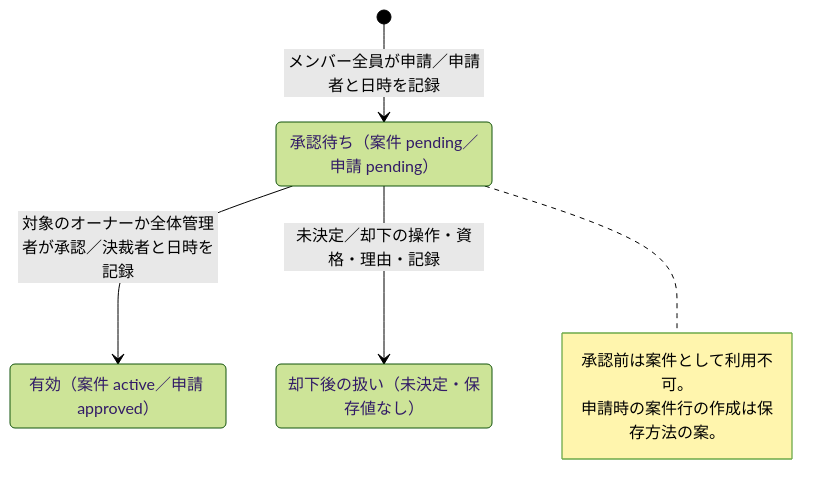
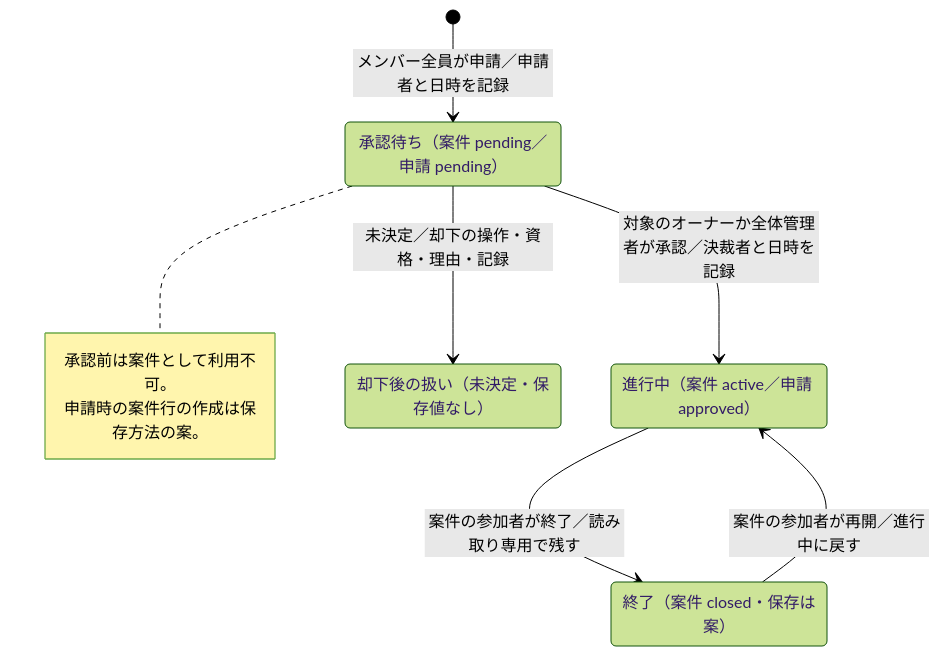
One commit to yamamotonaoki3/internal-system changed the second of 7 diagrams in docs/requirements/state-transitions.md. Above: the diagram before and after it, drawn with Mermaid (forest theme). The commit also changed other lines of this file and 9 other files, not shown here.

````diff
--- a/docs/requirements/state-transitions.md
+++ b/docs/requirements/state-transitions.md
@@ -59,13 +59,16 @@
 ```mermaid
 stateDiagram-v2
     state "承認待ち（案件 pending／申請 pending）" as CasePending
-    state "有効（案件 active／申請 approved）" as CaseActive
+    state "進行中（案件 active／申請 approved）" as CaseActive
+    state "終了（案件 closed・保存は案）" as CaseClosed
     state "却下後の扱い（未決定・保存値なし）" as CaseUnknown
     [*] --> CasePending: メンバー全員が申請／申請者と日時を記録
     CasePending --> CaseActive: 対象のオーナーか全体管理者が承認／決裁者と日時を記録
+    CaseActive --> CaseClosed: 案件の参加者が終了／読み取り専用で残す
+    CaseClosed --> CaseActive: 案件の参加者が再開／進行中に戻す
     CasePending --> CaseUnknown: 未決定／却下の操作・資格・理由・記録
     note right of CasePending
         承認前は案件として利用不可。
         申請時の案件行の作成は保存方法の案。
     end note
 ```
````
